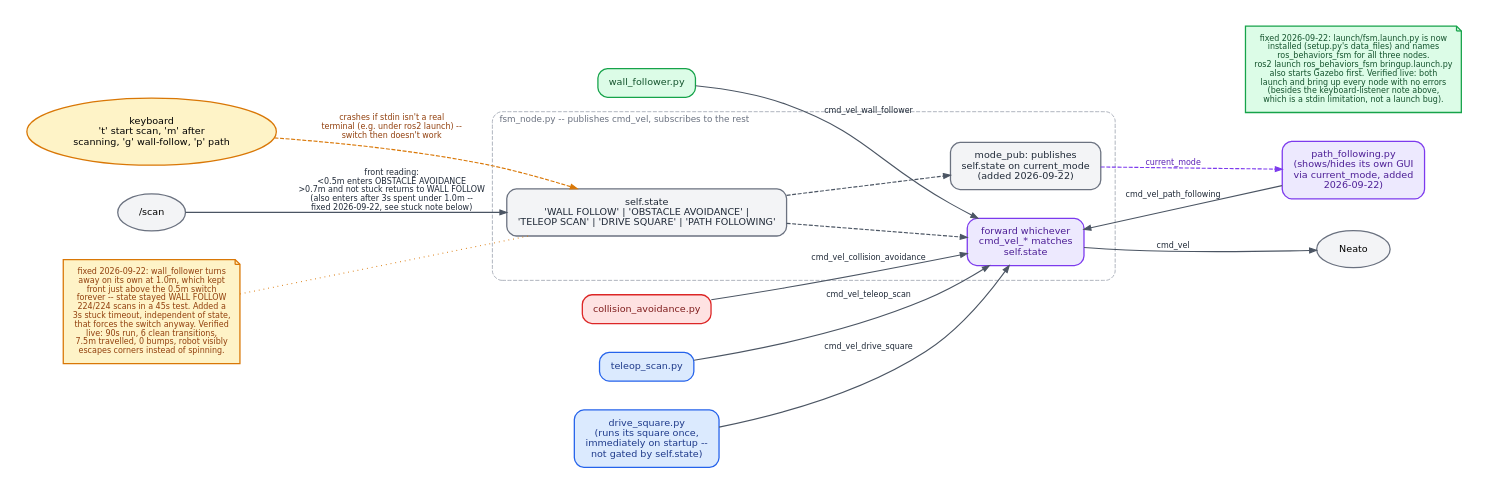
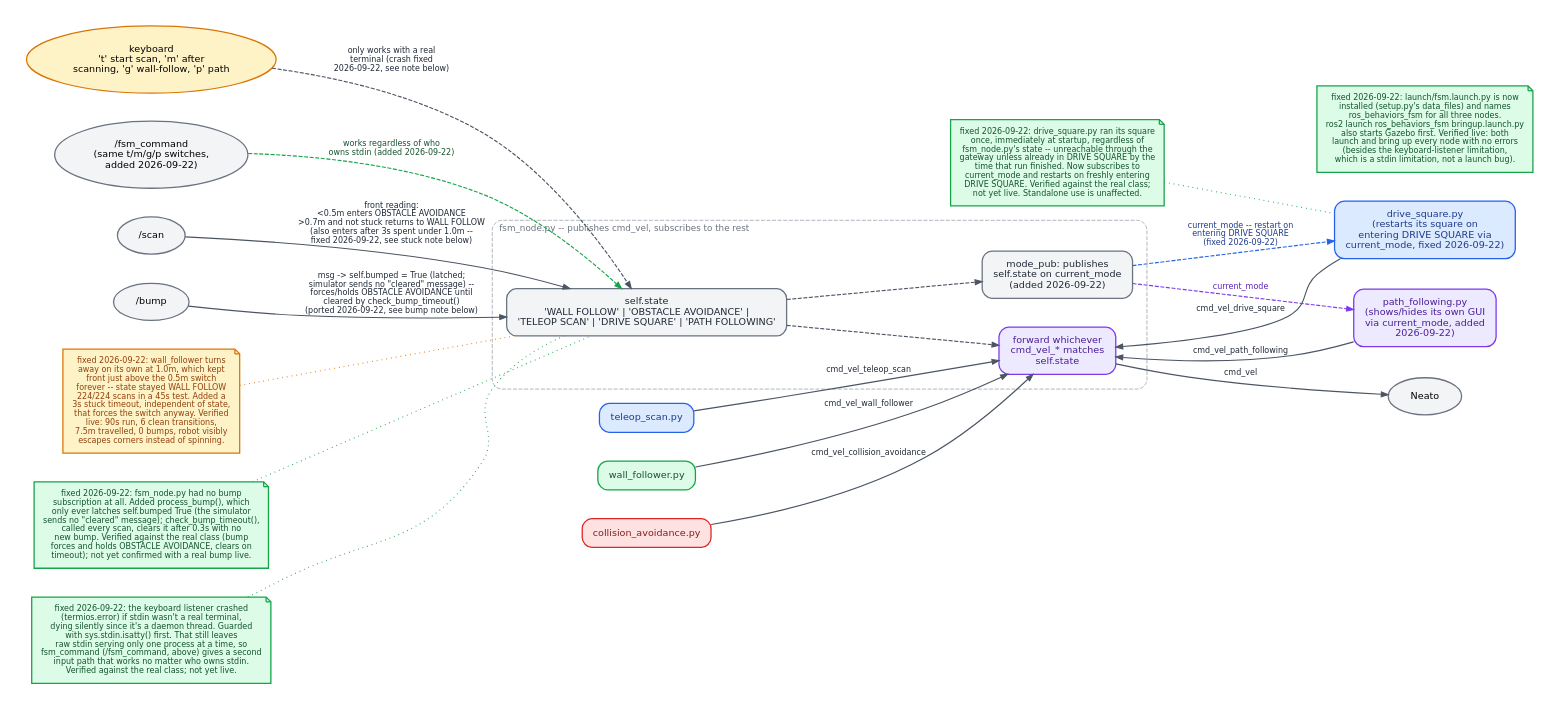
One commit to aditilagisetty/CompRobo-FSM-Project changed the diagram in docs/fsm_node.dot. Above: the diagram before and after it, drawn with Graphviz. The commit also changed 23 other files, not shown here.

```diff
--- a/docs/fsm_node.dot
+++ b/docs/fsm_node.dot
@@ -1,51 +1,66 @@
-// Gateway architecture of fsm_node.py (the second, in-progress FSM).
+// Gateway architecture of fsm_node.py, this project's finite state controller.
 // Render: dot -Tpng -Gdpi=200 fsm_node.dot -o figures/fsm_node.png
 digraph FSMNode {
     graph [rankdir=LR, fontname="DejaVu Sans", bgcolor="white", pad=0.35,
            nodesep=0.5, ranksep=0.85, splines=spline];
     node  [fontname="DejaVu Sans", fontsize=12, shape=box, style="rounded,filled",
            penwidth=1.6, margin="0.2,0.14"];
     edge  [fontname="DejaVu Sans", fontsize=10, color="#4B5563", fontcolor="#1F2937",
            penwidth=1.4, arrowsize=0.85];
 
     wf    [label="wall_follower.py",       fillcolor="#DCFCE7", color="#16A34A", fontcolor="#14532D"];
     ca    [label="collision_avoidance.py", fillcolor="#FEE2E2", color="#DC2626", fontcolor="#7F1D1D"];
     ts    [label="teleop_scan.py",         fillcolor="#DBEAFE", color="#2563EB", fontcolor="#1E3A8A"];
-    ds    [label="drive_square.py\n(runs its square once,\nimmediately on startup --\nnot gated by self.state)",
+    ds    [label="drive_square.py\n(restarts its square on\nentering DRIVE SQUARE via\ncurrent_mode, fixed 2026-09-22)",
            fillcolor="#DBEAFE", color="#2563EB", fontcolor="#1E3A8A"];
     pf    [label="path_following.py\n(shows/hides its own GUI\nvia current_mode, added\n2026-09-22)", fillcolor="#EDE9FE", color="#7C3AED", fontcolor="#4C1D95"];
     kb    [label="keyboard\n't' start scan, 'm' after\nscanning, 'g' wall-follow, 'p' path", shape=oval, fillcolor="#FEF3C7", color="#D97706"];
+    fsm_cmd [label="/fsm_command\n(same t/m/g/p switches,\nadded 2026-09-22)", shape=oval, fillcolor="#F3F4F6", color="#6B7280"];
 
     subgraph cluster_gw {
         label="fsm_node.py -- publishes cmd_vel, subscribes to the rest"; labeljust=l;
         fontsize=11; fontcolor="#6B7280"; style="rounded,dashed"; color="#9CA3AF"; margin=18;
         state [label="self.state\n'WALL FOLLOW' | 'OBSTACLE AVOIDANCE' |\n'TELEOP SCAN' | 'DRIVE SQUARE' | 'PATH FOLLOWING'",
                shape=box, style="rounded,filled", fillcolor="#F3F4F6", color="#6B7280", fontcolor="#1F2937"];
         mode_pub [label="mode_pub: publishes\nself.state on current_mode\n(added 2026-09-22)", fillcolor="#F3F4F6", color="#6B7280", fontcolor="#1F2937"];
         mux   [label="forward whichever\ncmd_vel_* matches\nself.state", fillcolor="#EDE9FE", color="#7C3AED", fontcolor="#4C1D95"];
     }
 
     robot [label="Neato", shape=oval, fillcolor="#F3F4F6", color="#6B7280"];
     scan  [label="/scan", shape=oval, fillcolor="#F3F4F6", color="#6B7280"];
+    bump  [label="/bump", shape=oval, fillcolor="#F3F4F6", color="#6B7280"];
 
     wf -> mux [label="cmd_vel_wall_follower"];
     ca -> mux [label="cmd_vel_collision_avoidance"];
     ts -> mux [label="cmd_vel_teleop_scan"];
     ds -> mux [label="cmd_vel_drive_square"];
     pf -> mux [label="cmd_vel_path_following"];
     mux -> robot [label="cmd_vel"];
     state -> mode_pub [style=dashed];
     mode_pub -> pf [label="current_mode", style=dashed, color="#7C3AED", fontcolor="#5B21B6"];
+    mode_pub -> ds [label="current_mode -- restart on\nentering DRIVE SQUARE\n(fixed 2026-09-22)",
+                    style=dashed, color="#2563EB", fontcolor="#1E3A8A"];
 
     scan -> state [label="front reading:\n<0.5m enters OBSTACLE AVOIDANCE\n>0.7m and not stuck returns to WALL FOLLOW\n(also enters after 3s spent under 1.0m --\nfixed 2026-09-22, see stuck note below)"];
-    kb -> state [style=dashed, color="#D97706", fontcolor="#92400E",
-                 label="crashes if stdin isn't a real\nterminal (e.g. under ros2 launch) --\nswitch then doesn't work"];
+    bump -> state [label="msg -> self.bumped = True (latched;\nsimulator sends no \"cleared\" message) --\nforces/holds OBSTACLE AVOIDANCE until\ncleared by check_bump_timeout()\n(ported 2026-09-22, see bump note below)"];
+    kb -> state [style=dashed, label="only works with a real\nterminal (crash fixed\n2026-09-22, see note below)"];
+    fsm_cmd -> state [style=dashed, color="#16A34A", fontcolor="#14532D",
+                       label="works regardless of who\nowns stdin (added 2026-09-22)"];
     stuck [shape=note, style=filled, fillcolor="#FEF3C7", color="#D97706", fontcolor="#92400E", fontsize=10,
            label="fixed 2026-09-22: wall_follower turns\naway on its own at 1.0m, which kept\nfront just above the 0.5m switch\nforever -- state stayed WALL FOLLOW\n224/224 scans in a 45s test. Added a\n3s stuck timeout, independent of state,\nthat forces the switch anyway. Verified\nlive: 90s run, 6 clean transitions,\n7.5m travelled, 0 bumps, robot visibly\nescapes corners instead of spinning."];
     stuck -> state [style=dotted, color="#D97706", arrowhead=none];
     state -> mux [style=dashed];
 
     note [shape=note, style=filled, fillcolor="#DCFCE7", color="#16A34A", fontcolor="#14532D", fontsize=10,
-          label="fixed 2026-09-22: launch/fsm.launch.py is now\ninstalled (setup.py's data_files) and names\nros_behaviors_fsm for all three nodes.\nros2 launch ros_behaviors_fsm bringup.launch.py\nalso starts Gazebo first. Verified live: both\nlaunch and bring up every node with no errors\n(besides the keyboard-listener note above,\nwhich is a stdin limitation, not a launch bug)."];
+          label="fixed 2026-09-22: launch/fsm.launch.py is now\ninstalled (setup.py's data_files) and names\nros_behaviors_fsm for all three nodes.\nros2 launch ros_behaviors_fsm bringup.launch.py\nalso starts Gazebo first. Verified live: both\nlaunch and bring up every node with no errors\n(besides the keyboard-listener limitation,\nwhich is a stdin limitation, not a launch bug)."];
+    bump_note [shape=note, style=filled, fillcolor="#DCFCE7", color="#16A34A", fontcolor="#14532D", fontsize=10,
+          label="fixed 2026-09-22: fsm_node.py had no bump\nsubscription at all. Added process_bump(), which\nonly ever latches self.bumped True (the simulator\nsends no \"cleared\" message); check_bump_timeout(),\ncalled every scan, clears it after 0.3s with no\nnew bump. Verified against the real class (bump\nforces and holds OBSTACLE AVOIDANCE, clears on\ntimeout); not yet confirmed with a real bump live."];
+    bump_note -> state [style=dotted, color="#16A34A", arrowhead=none];
+    kb_note [shape=note, style=filled, fillcolor="#DCFCE7", color="#16A34A", fontcolor="#14532D", fontsize=10,
+          label="fixed 2026-09-22: the keyboard listener crashed\n(termios.error) if stdin wasn't a real terminal,\ndying silently since it's a daemon thread. Guarded\nwith sys.stdin.isatty() first. That still leaves\nraw stdin serving only one process at a time, so\nfsm_command (/fsm_command, above) gives a second\ninput path that works no matter who owns stdin.\nVerified against the real class; not yet live."];
+    kb_note -> state [style=dotted, color="#16A34A", arrowhead=none];
+    ds_note [shape=note, style=filled, fillcolor="#DCFCE7", color="#16A34A", fontcolor="#14532D", fontsize=10,
+          label="fixed 2026-09-22: drive_square.py ran its square\nonce, immediately at startup, regardless of\nfsm_node.py's state -- unreachable through the\ngateway unless already in DRIVE SQUARE by the\ntime that run finished. Now subscribes to\ncurrent_mode and restarts on freshly entering\nDRIVE SQUARE. Verified against the real class;\nnot yet live. Standalone use is unaffected."];
+    ds_note -> ds [style=dotted, color="#16A34A", arrowhead=none];
     { rank=same; note; robot; }
 }
```
